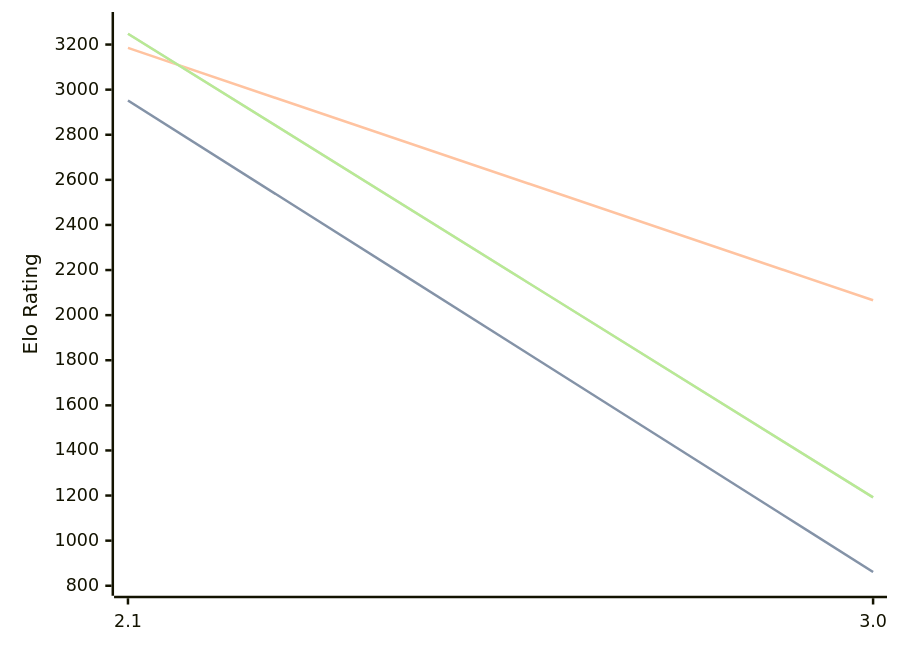
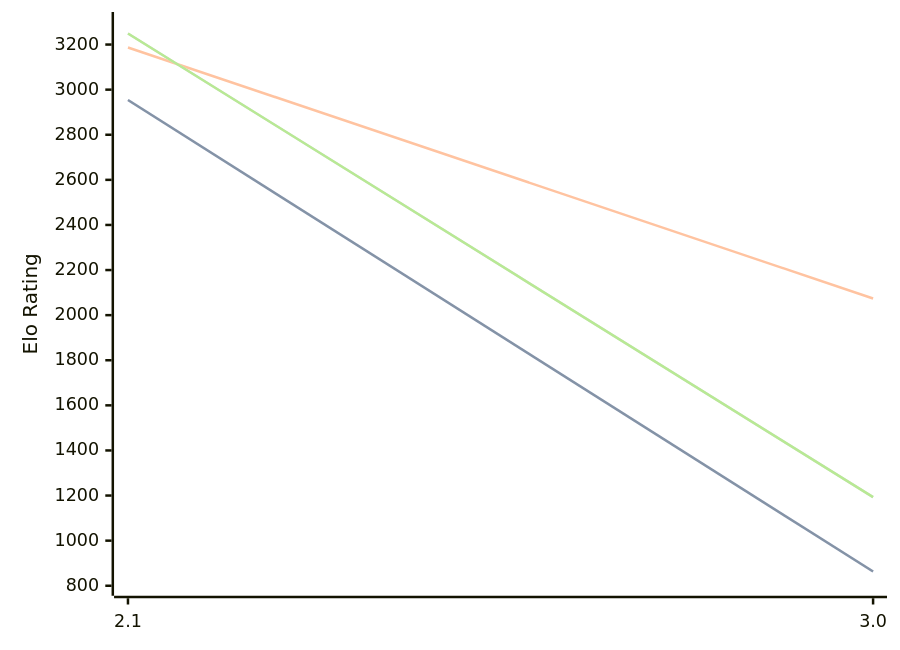
One commit to computer-chess-index/cci changed the diagram in engines/Quirky.md. Above: the diagram before and after it, drawn with Mermaid. The commit also changed other lines of this file, not shown here.

Commit message:
Update CCI Ratings (ELO VLTC) - 2026-08-22

````diff
--- a/engines/Quirky.md
+++ b/engines/Quirky.md
@@ -32,11 +32,11 @@
 ```mermaid
 %%{init: {"theme":"base","themeVariables":{"seriesColors:['#a3a3a3','#222221','#faa371']}}}%%
 xychart-beta
   x-axis ["2.1", "3.0"]
   y-axis "Elo Rating" 800 --> 3300
-  line "STC (8.0+0.08s)" [2952, 861]
-  line "STC (8.0+0.08s)" [2952, 861]
-  line "LTC (60.0+0.60s)" [3185, 2066]
-  line "VLTC (2m24s+1.12s)" [3248, 1192]
-  line "VLTC (2m24s+1.12s)" [3248, 1192]
+  line "STC (8.0+0.08s)" [2954, 863]
+  line "STC (8.0+0.08s)" [2954, 863]
+  line "LTC (60.0+0.60s)" [3187, 2074]
+  line "VLTC (2m24s+1.12s)" [3249, 1193]
+  line "VLTC (2m24s+1.12s)" [3249, 1193]
 ```
````
